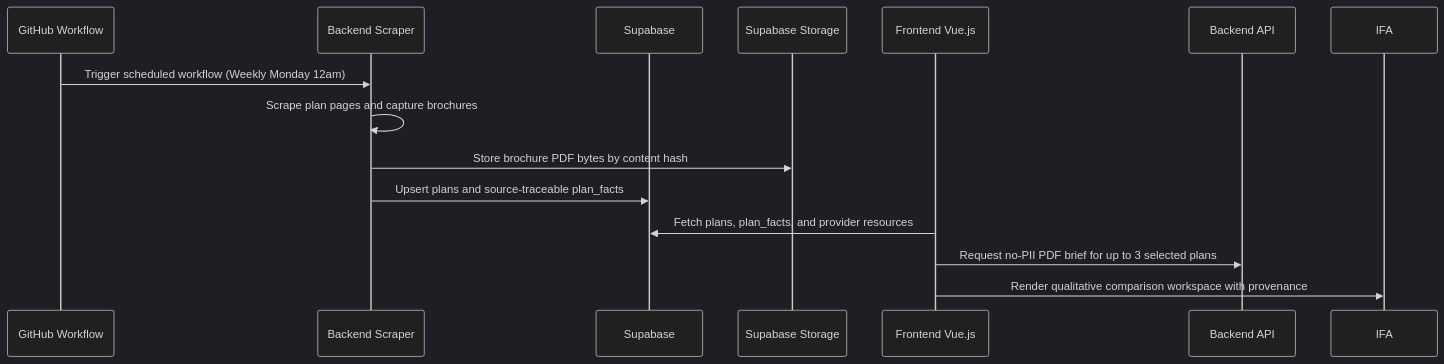
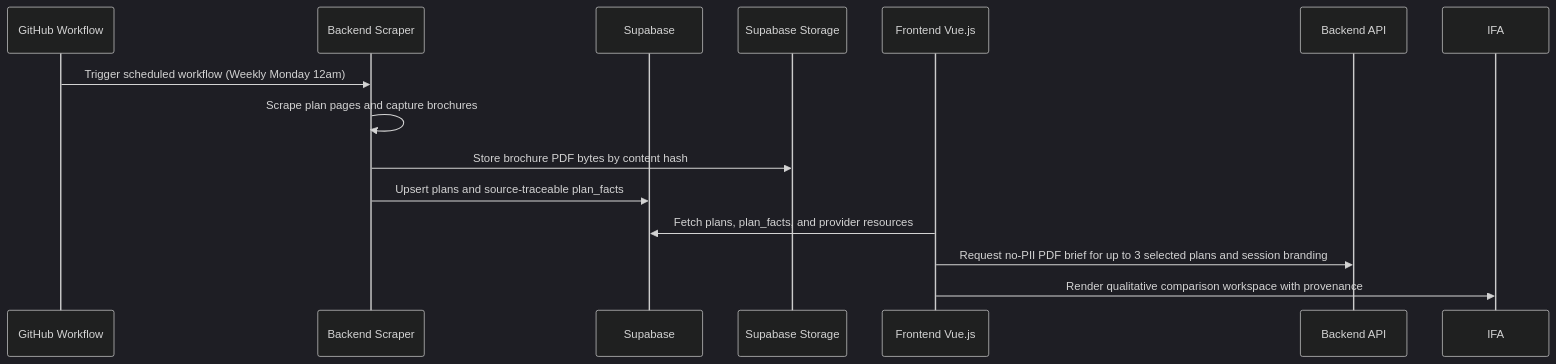
The first of 2 diagrams in README.md (gongahkia/be-sure-ance), drawn with Mermaid (dark theme) before and after one commit. The commit also changed other lines of this file and 9 other files, not shown here.

Commit message:
Add session branding to PDF briefs

````diff
--- a/README.md
+++ b/README.md
@@ -85,18 +86,18 @@
 ```mermaid
 sequenceDiagram
     participant GitHub Workflow
     participant Backend Scraper
     participant Supabase
     participant Supabase Storage
     participant Frontend Vue.js
     participant Backend API
     participant IFA
 
     GitHub Workflow->>Backend Scraper: Trigger scheduled workflow (Weekly Monday 12am)
     Backend Scraper->>Backend Scraper: Scrape plan pages and capture brochures
     Backend Scraper->>Supabase Storage: Store brochure PDF bytes by content hash
     Backend Scraper->>Supabase: Upsert plans and source-traceable plan_facts
     Frontend Vue.js->>Supabase: Fetch plans, plan_facts, and provider resources
-    Frontend Vue.js->>Backend API: Request no-PII PDF brief for up to 3 selected plans
+    Frontend Vue.js->>Backend API: Request no-PII PDF brief for up to 3 selected plans and session branding
     Frontend Vue.js->>IFA: Render qualitative comparison workspace with provenance
 ```
````
